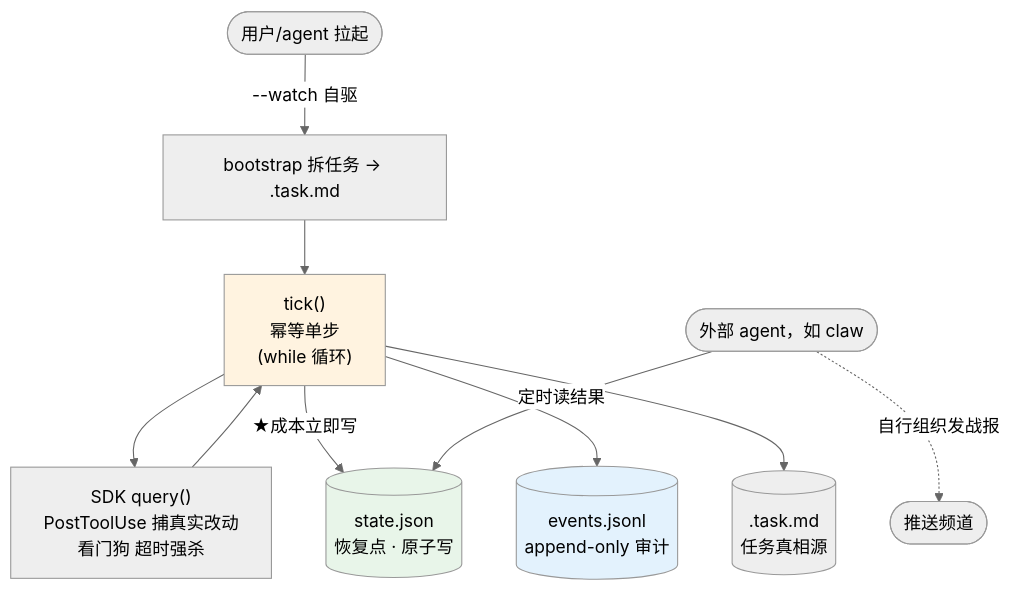
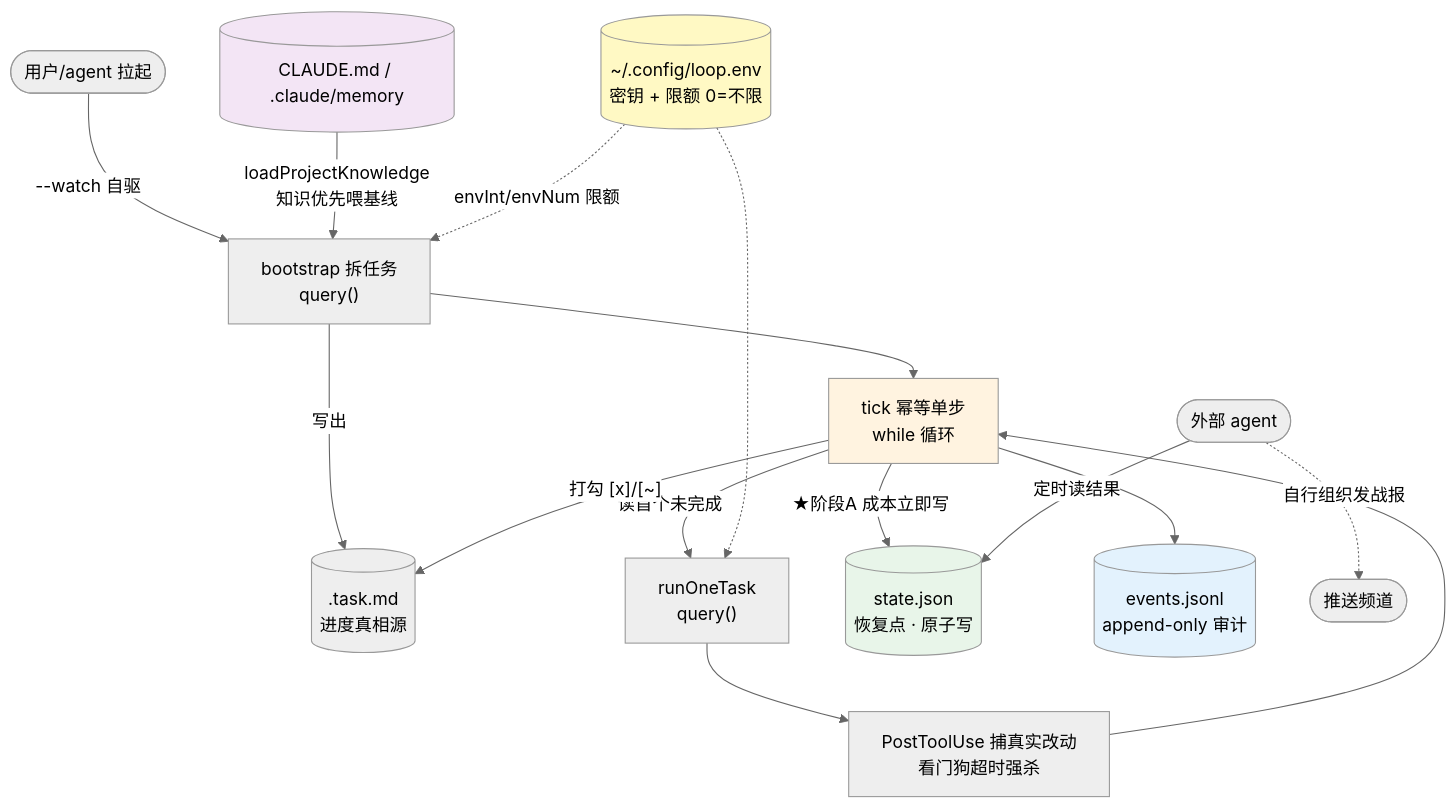
One commit to free-wyq/loop changed the first of 3 diagrams in README.md. Above: the diagram before and after it, drawn with Mermaid (neutral theme). The commit also changed other lines of this file and 4 other files, not shown here.

````diff
--- a/README.md
+++ b/README.md
@@ -37,19 +37,30 @@
 ```mermaid
 flowchart TB
     User([用户/agent 拉起])
-    User -->|"--watch 自驱"| BOOT[bootstrap 拆任务 → .task.md]
-    BOOT --> TICK["tick()<br/>幂等单步<br/>(while 循环)"]
-    TICK --> SDK["SDK query()<br/>PostToolUse 捕真实改动<br/>看门狗 超时强杀"]
+    ENV[("~/.config/loop.env<br/>密钥 + 限额 0=不限")]
+    KNOW[("CLAUDE.md / .claude/memory")]
+
+    User -->|"--watch 自驱"| BOOT["bootstrap 拆任务<br/>query()"]
+    KNOW -->|"loadProjectKnowledge<br/>知识优先喂基线"| BOOT
+    ENV -.->|"envInt/envNum 限额"| BOOT
+    BOOT -->|"写出"| TASK[(".task.md<br/>进度真相源")]
+    BOOT --> TICK["tick 幂等单步<br/>while 循环"]
+
+    TICK -->|"读首个未完成"| RUN["runOneTask<br/>query()"]
+    ENV -.-> RUN
+    RUN --> SDK["PostToolUse 捕真实改动<br/>看门狗超时强杀"]
     SDK --> TICK
-    TICK -->|"★成本立即写"| STATE[("state.json<br/>恢复点 · 原子写")]
+    TICK -->|"★阶段A 成本立即写"| STATE[("state.json<br/>恢复点 · 原子写")]
     TICK --> EVENTS[("events.jsonl<br/>append-only 审计")]
-    TICK --> TASK[(".task.md<br/>任务真相源")]
+    TICK -->|"打勾 [x]/[~]"| TASK
 
-    Claw([外部 agent，如 claw])
-    Claw -->|"定时读结果"| STATE
-    Claw -.->|"自行组织发战报"| Push([推送频道])
+    Ext([外部 agent])
+    Ext -->|"定时读结果"| STATE
+    Ext -.->|"自行组织发战报"| Push([推送频道])
 
     style STATE fill:#e8f5e9
     style EVENTS fill:#e3f2fd
     style TICK fill:#fff3e0
+    style KNOW fill:#f3e5f5
+    style ENV fill:#fff9c4
 ```
````
